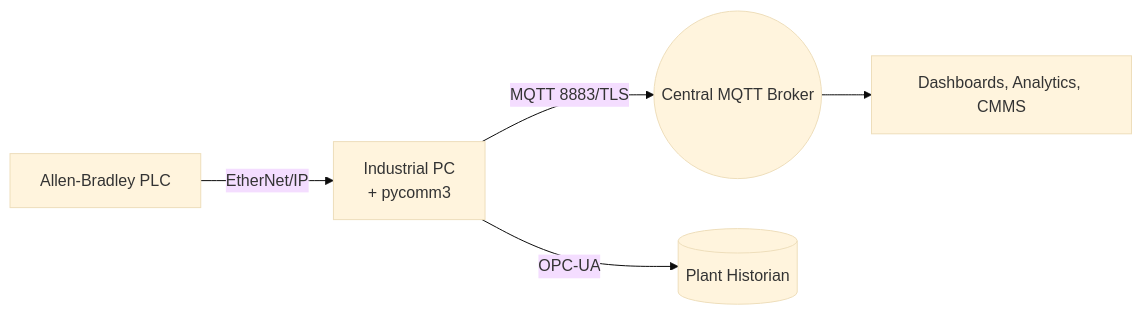
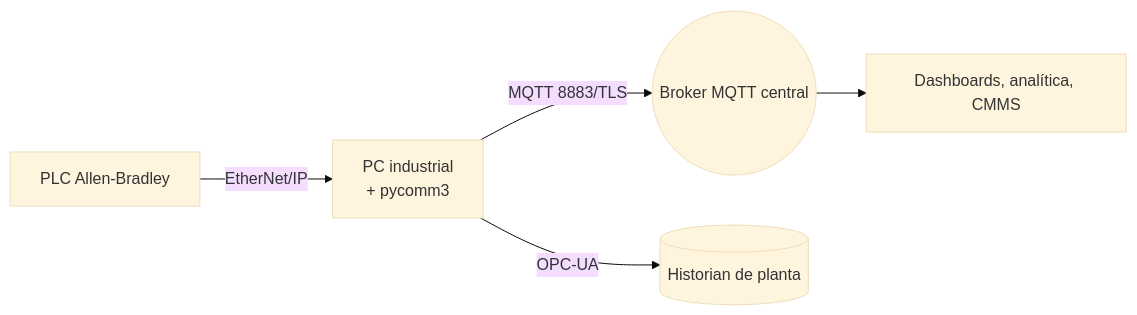
The diagram in src/data/post/conectando-plcs-allen-bradley-nube.md (eduardojvieira/website), drawn with Mermaid (base theme) before and after one commit. The commit also changed other lines of this file and 70 other files, not shown here.

````diff
--- a/src/data/post/conectando-plcs-allen-bradley-nube.md
+++ b/src/data/post/conectando-plcs-allen-bradley-nube.md
@@ -30,7 +32,7 @@
 ```mermaid
 flowchart LR
-  PLC[Allen-Bradley PLC] -- EtherNet/IP --> Edge[Industrial PC \n + pycomm3]
-  Edge -- MQTT 8883/TLS --> Broker((Central MQTT Broker))
-  Edge -- OPC-UA --> Historian[(Plant Historian)]
-  Broker --> Apps[Dashboards, Analytics, CMMS]
+  PLC[PLC Allen-Bradley] -- EtherNet/IP --> Edge[PC industrial \n + pycomm3]
+  Edge -- MQTT 8883/TLS --> Broker((Broker MQTT central))
+  Edge -- OPC-UA --> Historian[(Historian de planta)]
+  Broker --> Apps[Dashboards, analítica, CMMS]
 ```
````
